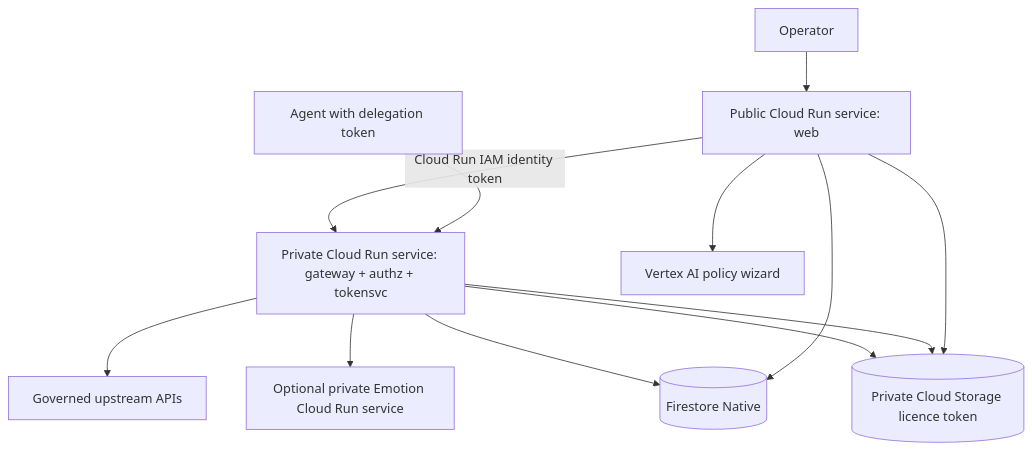
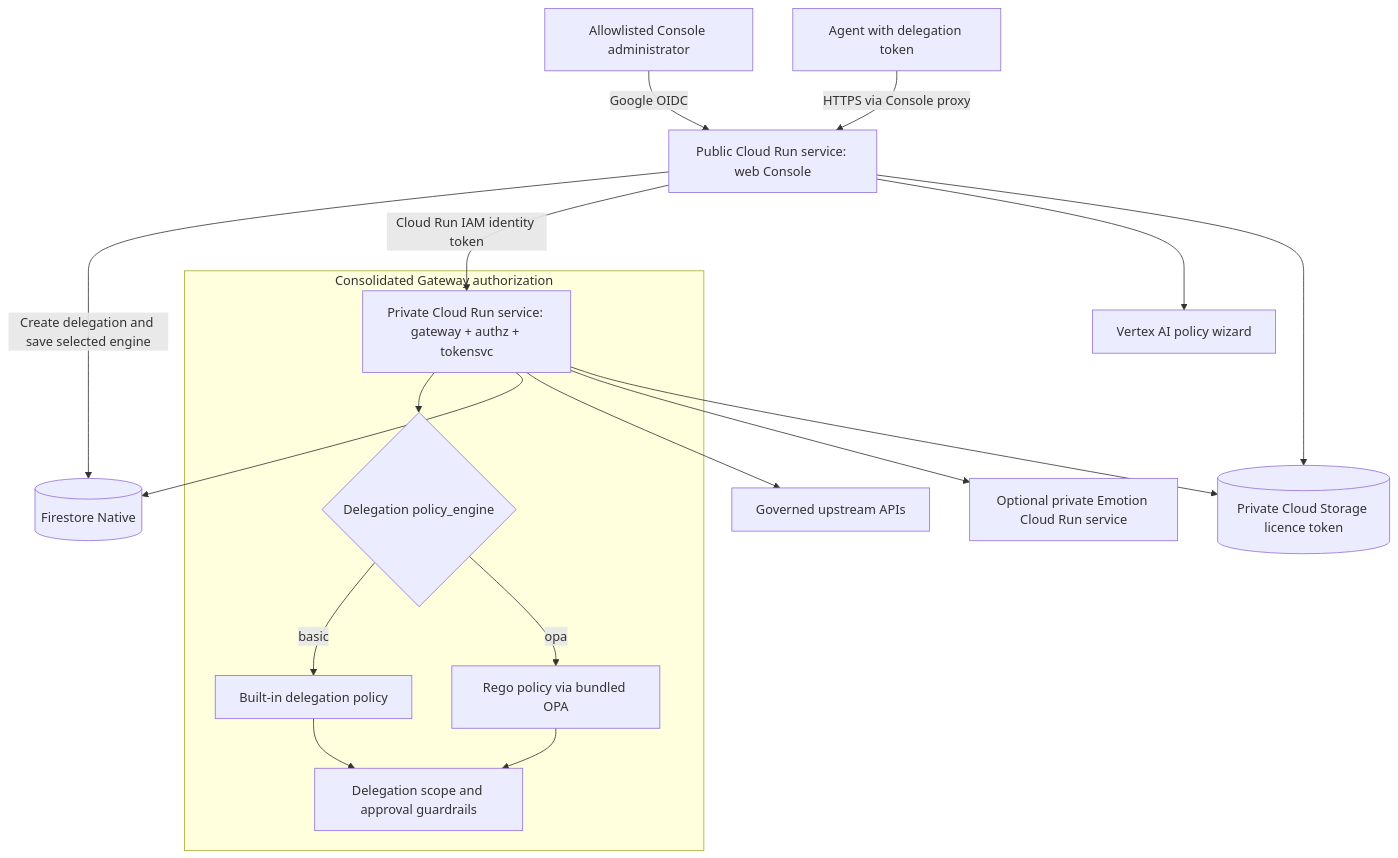
One commit to stevef1uk/agent-gateway-runtime changed the diagram in docs/gcp/architecture.md. Above: the diagram before and after it, drawn with Mermaid. The commit also changed other lines of this file, not shown here.

Commit message:
Update GCP policy architecture diagram

````diff
--- a/docs/gcp/architecture.md
+++ b/docs/gcp/architecture.md
@@ -5,14 +5,20 @@
 ```mermaid
 flowchart TB
- Human[Operator] --> Web[Public Cloud Run service: web]
- Agent[Agent with delegation token] --> Gateway[Private Cloud Run service: gateway + authz + tokensvc]
- Web -->|Cloud Run IAM identity token| Gateway
- Web --> Vertex[Vertex AI policy wizard]
- Web --> State[(Firestore Native)]
- Gateway --> State
- Gateway --> Public[Governed upstream APIs]
- Gateway --> Emotion[Optional private Emotion Cloud Run service]
- Web --> Licence[(Private Cloud Storage licence token)]
- Gateway --> Licence
- Gateway --> Licence
+  Admin[Allowlisted Console administrator] -->|Google OIDC| Web[Public Cloud Run service: web Console]
+  Agent[Agent with delegation token] -->|HTTPS via Console proxy| Web
+  Web -->|Create delegation and save selected engine| State[(Firestore Native)]
+  Web -->|Cloud Run IAM identity token| Gateway[Private Cloud Run service: gateway + authz + tokensvc]
+  Web --> Vertex[Vertex AI policy wizard]
+  subgraph GatewayPolicy[Consolidated Gateway authorization]
+    Gateway --> Engine{Delegation policy_engine}
+    Engine -->|basic| Basic[Built-in delegation policy]
+    Engine -->|opa| OPA[Rego policy via bundled OPA]
+    Basic --> Guardrails[Delegation scope and approval guardrails]
+    OPA --> Guardrails
+  end
+  Gateway --> State
+  Gateway --> Public[Governed upstream APIs]
+  Gateway --> Emotion[Optional private Emotion Cloud Run service]
+  Web --> Licence[(Private Cloud Storage licence token)]
+  Gateway --> Licence
 ```
````
